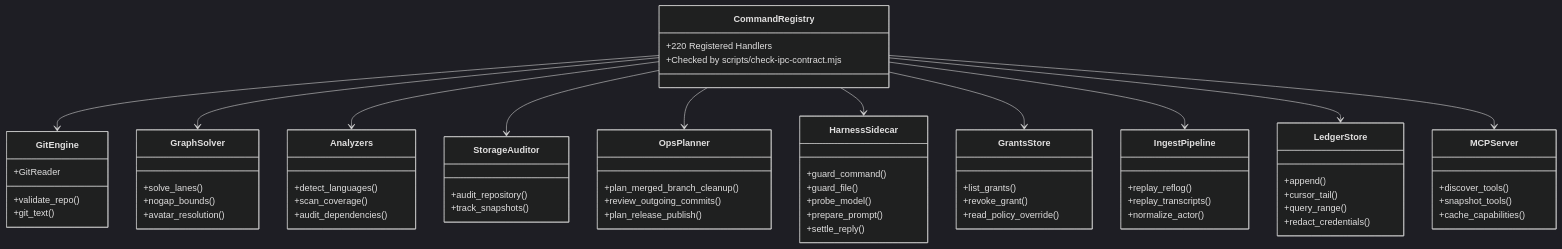
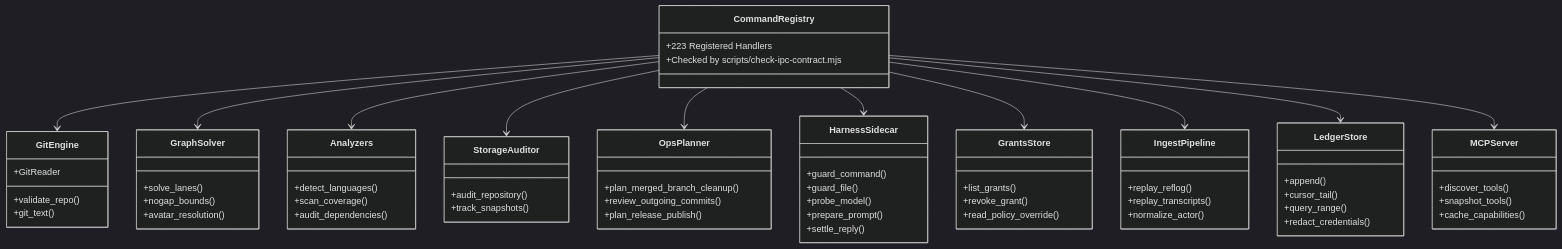
The third of 4 diagrams in docs/ARCHITECTURE.md (bharathvbcr/GitPulse), drawn with Mermaid (dark theme) before and after one commit. The commit also changed other lines of this file and 23 other files, not shown here.

````diff
--- a/docs/ARCHITECTURE.md
+++ b/docs/ARCHITECTURE.md
@@ -185,70 +185,70 @@
 ```mermaid
 classDiagram
     class CommandRegistry {
-        +220 Registered Handlers
+        +223 Registered Handlers
         +Checked by scripts/check-ipc-contract.mjs
     }
     class GitEngine {
         +validate_repo()
         +git_text()
         +GitReader
     }
     class GraphSolver {
         +solve_lanes()
         +nogap_bounds()
         +avatar_resolution()
     }
     class Analyzers {
         +detect_languages()
         +scan_coverage()
         +audit_dependencies()
     }
     class StorageAuditor {
         +audit_repository()
         +track_snapshots()
     }
     class GrantsStore {
         +list_grants()
         +revoke_grant()
         +read_policy_override()
     }
     class IngestPipeline {
         +replay_reflog()
         +replay_transcripts()
         +normalize_actor()
     }
     class LedgerStore {
         +append()
         +cursor_tail()
         +query_range()
         +redact_credentials()
     }
     class OpsPlanner {
         +plan_merged_branch_cleanup()
         +review_outgoing_commits()
         +plan_release_publish()
     }
     class MCPServer {
         +discover_tools()
         +snapshot_tools()
         +cache_capabilities()
     }
     class HarnessSidecar {
         +guard_command()
         +guard_file()
         +probe_model()
         +prepare_prompt()
         +settle_reply()
     }
 
     CommandRegistry --> GitEngine
     CommandRegistry --> GraphSolver
     CommandRegistry --> Analyzers
     CommandRegistry --> StorageAuditor
     CommandRegistry --> OpsPlanner
     CommandRegistry --> HarnessSidecar
     CommandRegistry --> GrantsStore
     CommandRegistry --> IngestPipeline
     CommandRegistry --> LedgerStore
     CommandRegistry --> MCPServer
 ```
````
